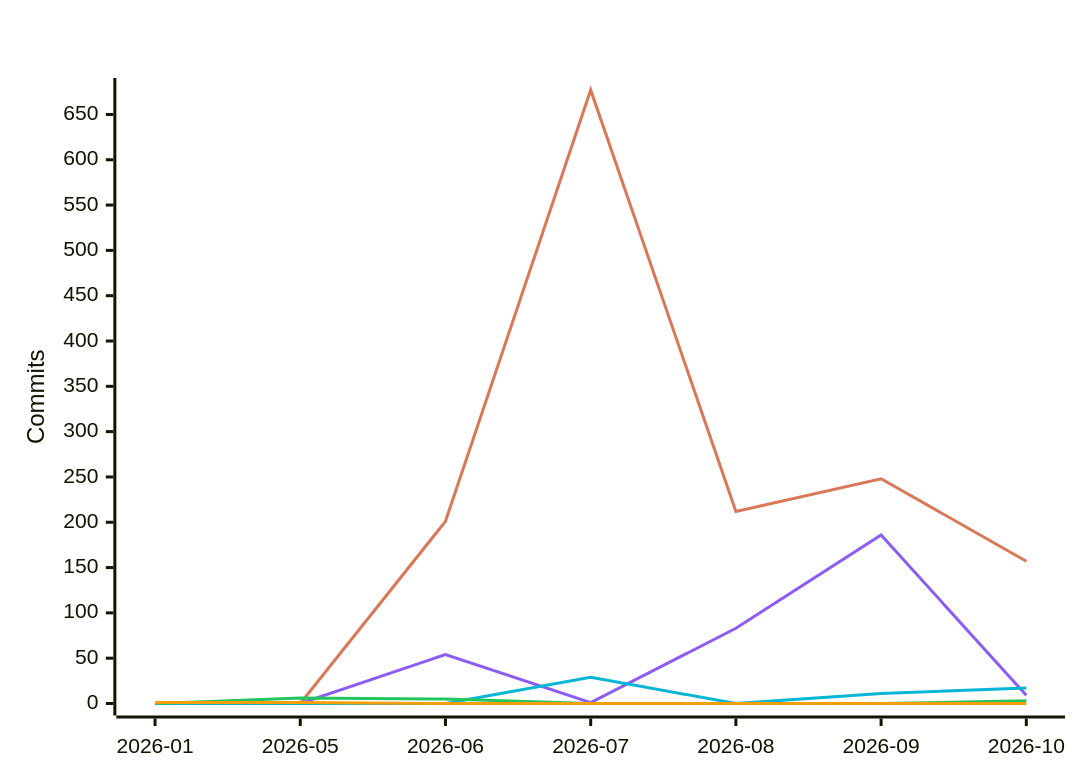
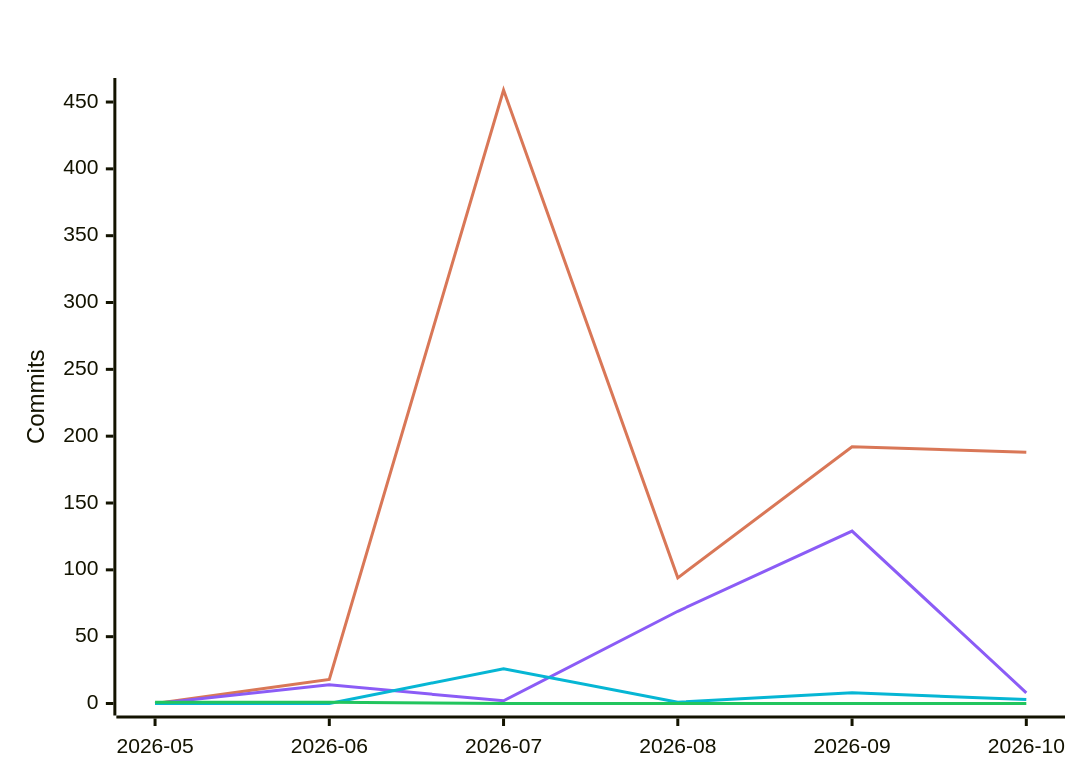
One commit to polo-nyan/polo-nyan changed the fifth of 7 diagrams in README.md. Above: the diagram before and after it, drawn with Mermaid. The commit also changed other lines of this file and 1 other file, not shown here.

````diff
--- a/README.md
+++ b/README.md
@@ -313,12 +312,11 @@
 ```mermaid
 %%{init: {"xyChart": {"titleColor": "#ffffff", "xAxisLabelColor": "#ffffff", "yAxisLabelColor": "#ffffff"}, "themeVariables": {"xyChart": {"titleColor": "#ffffff", "plotColorPalette": "#d97757, #8b5cf6, #06b6d4, #22c55e, #f59e0b, #ec4899"}}}}%%
 xychart-beta
     title "Commits Per Month by Model Family"
-    x-axis ["2026-01", "2026-05", "2026-06", "2026-07", "2026-08", "2026-09", "2026-10"]
+    x-axis ["2026-05", "2026-06", "2026-07", "2026-08", "2026-09", "2026-10"]
     y-axis "Commits"
-    line [0, 0, 201, 677, 212, 248, 157]
-    line [0, 0, 54, 1, 83, 186, 9]
-    line [0, 0, 0, 29, 0, 11, 17]
-    line [0, 6, 5, 0, 0, 0, 3]
-    line [1, 1, 0, 0, 0, 0, 0]
+    line [0, 18, 459, 94, 192, 188]
+    line [0, 14, 2, 69, 129, 8]
+    line [0, 0, 26, 1, 8, 3]
+    line [1, 1, 0, 0, 0, 0]
 ```
````
